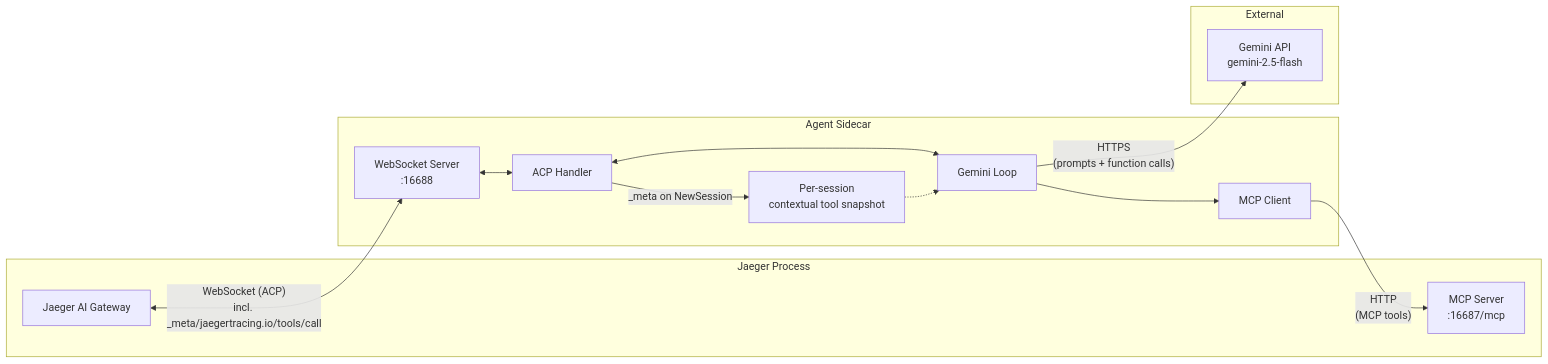
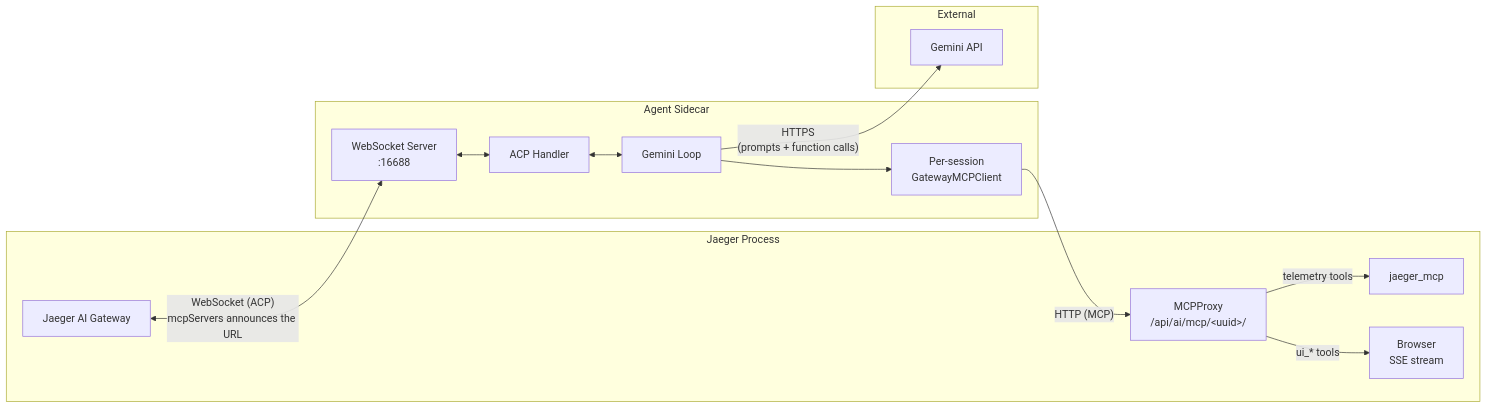
Before and after one commit to jaegertracing/jaeger: the first of 2 diagrams in scripts/ai-sidecar/gemini/README.md, drawn with Mermaid. The commit also changed other lines of this file and 24 other files, not shown here.

````diff
--- a/scripts/ai-sidecar/gemini/README.md
+++ b/scripts/ai-sidecar/gemini/README.md
@@ -126,28 +128,29 @@
 ```mermaid
 graph LR
     subgraph Jaeger Process
         GW[Jaeger AI Gateway]
-        MCP[MCP Server<br/>:16687/mcp]
+        MCPProxy[MCPProxy<br/>/api/ai/mcp/&lt;uuid&gt;/]
+        JM[jaeger_mcp]
+        Browser[Browser<br/>SSE stream]
     end
 
     subgraph Agent Sidecar
         WS[WebSocket Server<br/>:16688]
         ACP[ACP Handler]
         Loop[Gemini Loop]
-        Bridge[MCP Client]
-        CTX[Per-session<br/>contextual tool snapshot]
+        Client[Per-session<br/>GatewayMCPClient]
     end
 
     subgraph External
-        Gemini[Gemini API<br/>gemini-2.5-flash]
+        Gemini[Gemini API]
     end
 
-    GW <-- "WebSocket (ACP)<br/>incl. _meta/jaegertracing.io/tools/call" --> WS
+    GW <-- "WebSocket (ACP)<br/>mcpServers announces the URL" --> WS
     WS <--> ACP
     ACP <--> Loop
-    ACP -- "_meta on NewSession" --> CTX
-    Loop --> Bridge
-    Bridge -- "HTTP<br/>(MCP tools)" --> MCP
+    Loop --> Client
+    Client -- "HTTP (MCP)" --> MCPProxy
+    MCPProxy -- "ui_* tools" --> Browser
+    MCPProxy -- "telemetry tools" --> JM
     Loop -- "HTTPS<br/>(prompts + function calls)" --> Gemini
-    CTX -.-> Loop
 ```
````
